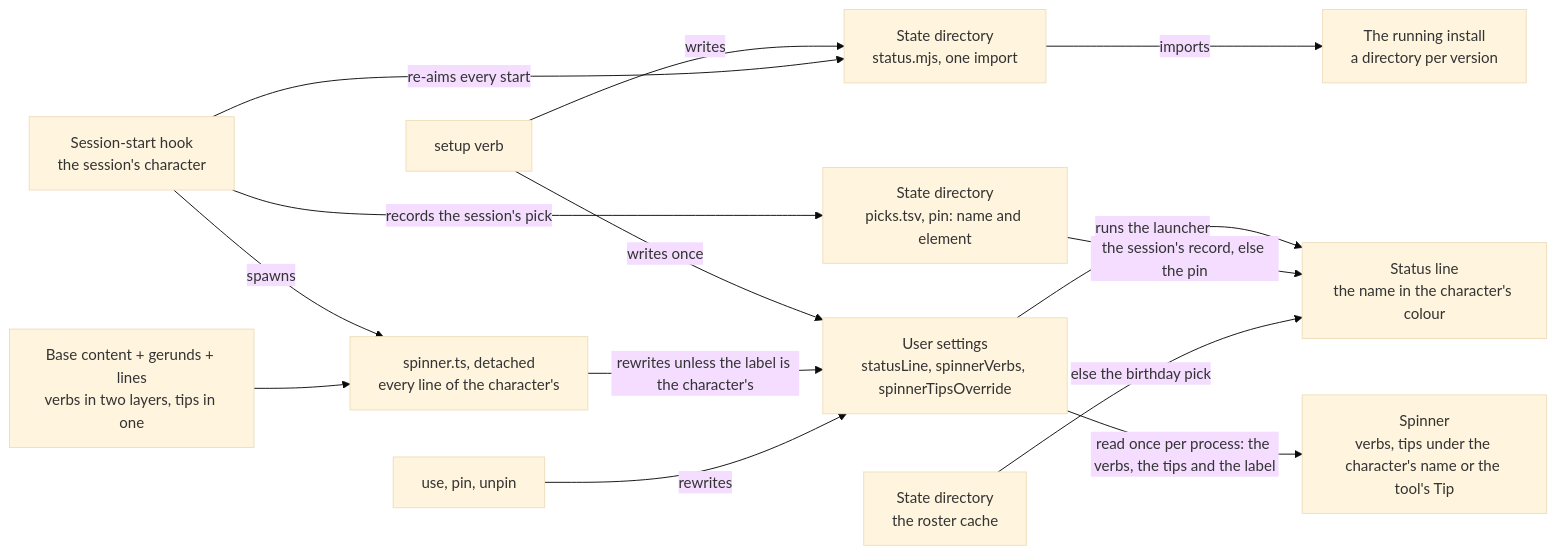
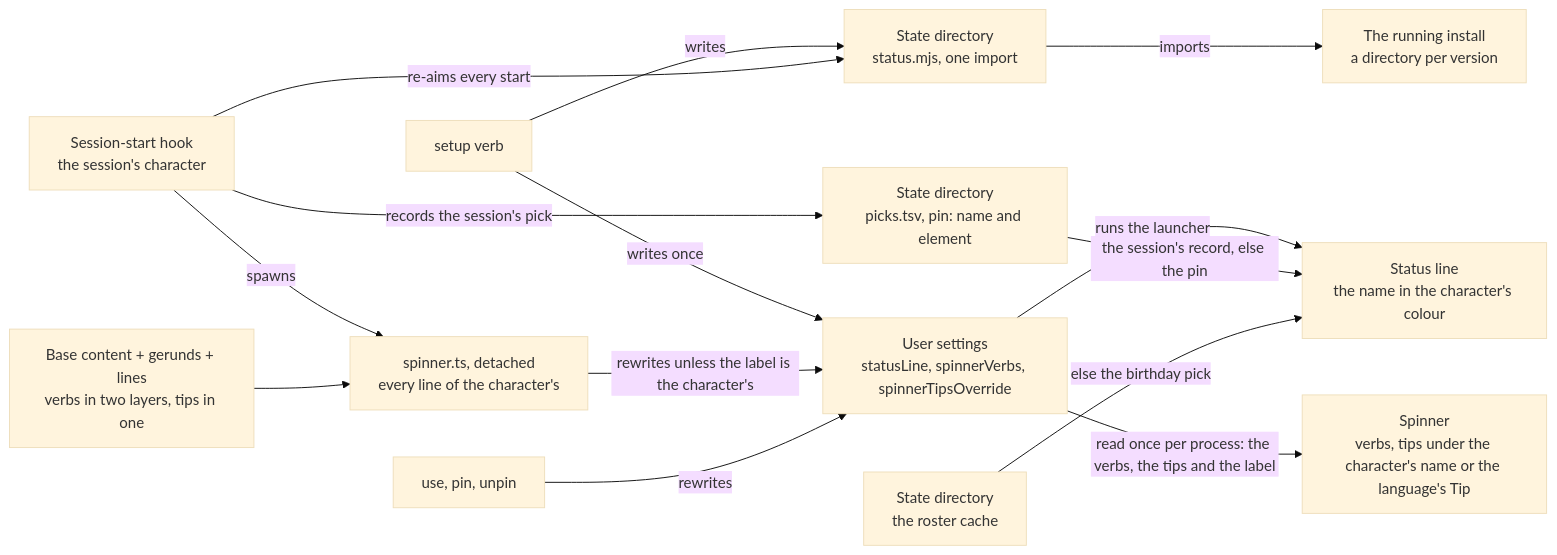
Before and after one commit to Esposter/Esposter: the sixth of 6 diagrams in apps/web/content/docs/infra/claude-interface/persona-plugin.md, drawn with Mermaid (base theme). The commit also changed other lines of this file and 14 other files, not shown here.

First line of the commit message:
fix(genshin-persona): the base tips stand under the language's own word for Tip, unverbed answers again, and the README carries the full command reference

````diff
--- a/apps/web/content/docs/infra/claude-interface/persona-plugin.md
+++ b/apps/web/content/docs/infra/claude-interface/persona-plugin.md
@@ -263,28 +263,28 @@
 ```mermaid
 flowchart LR
     Setup["setup verb"]
     Hook["Session-start hook<br/>the session's character"]
     Content["Base content + gerunds + lines<br/>verbs in two layers, tips in one"]
     Script["spinner.ts, detached<br/>every line of the character's"]
     Settings["User settings<br/>statusLine, spinnerVerbs, spinnerTipsOverride"]
     Launcher["State directory<br/>status.mjs, one import"]
     Install["The running install<br/>a directory per version"]
     Records["State directory<br/>picks.tsv, pin: name and element"]
-    Spinner["Spinner<br/>verbs, tips under the character's name or the tool's Tip"]
+    Spinner["Spinner<br/>verbs, tips under the character's name or the language's Tip"]
     Line["Status line<br/>the name in the character's colour"]
 
     Setup -->|writes once| Settings
     Setup -->|writes| Launcher
     Hook -->|re-aims every start| Launcher
     Hook -->|spawns| Script
     Content --> Script
     Script -->|rewrites unless the label is the character's| Settings
     Verb["use, pin, unpin"] -->|rewrites| Settings
     Launcher -->|imports| Install
     Settings -->|runs the launcher| Line
     Hook -->|records the session's pick| Records
     Cache["State directory<br/>the roster cache"]
     Records -->|the session's record, else the pin| Line
     Cache -->|else the birthday pick| Line
     Settings -->|read once per process: the verbs, the tips and the label| Spinner
 ```
````
